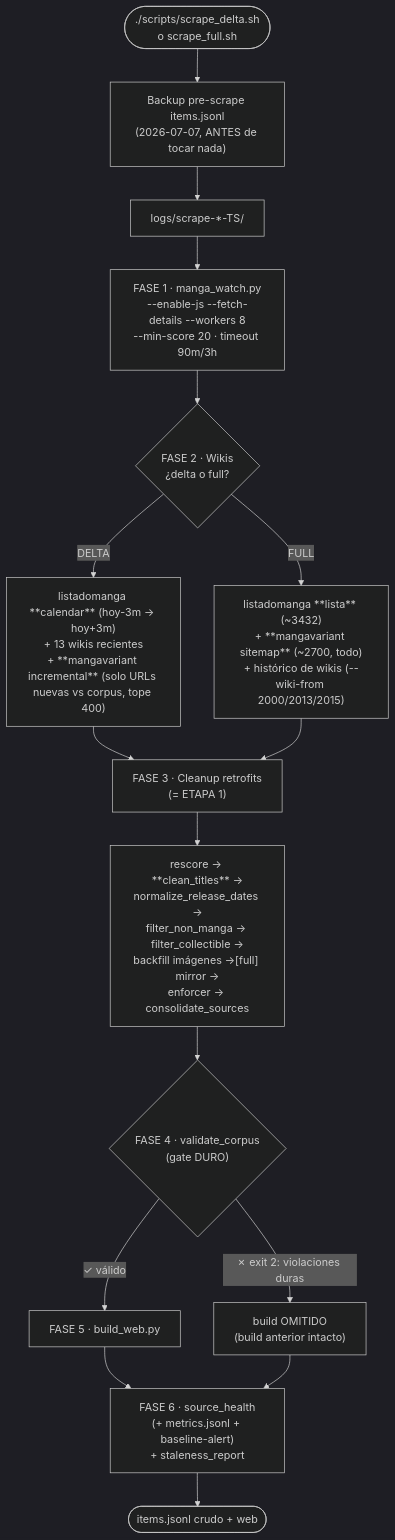
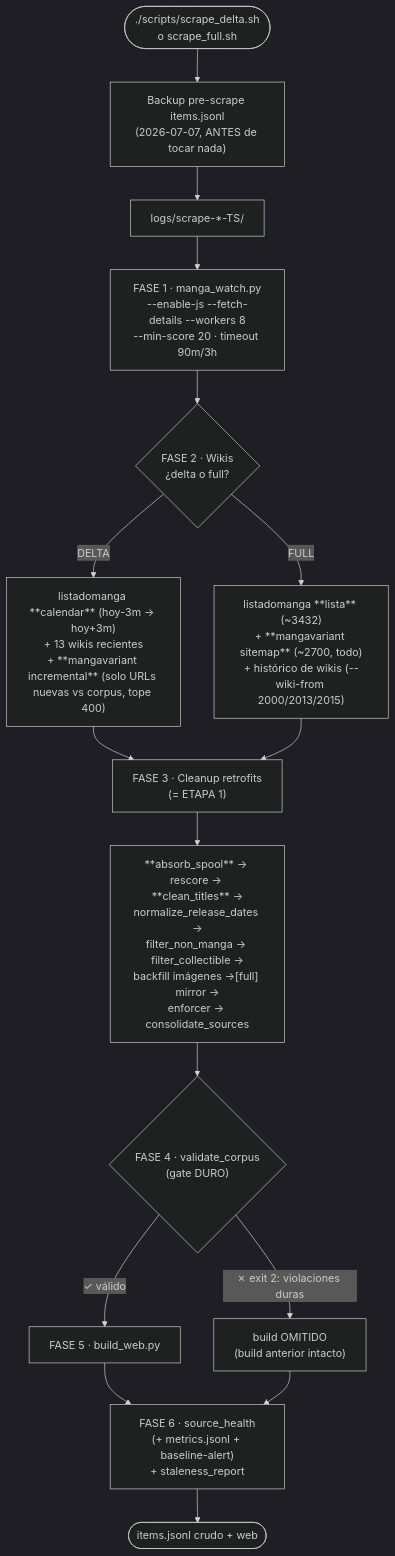
Before and after one commit to MineiToshio/PandaWatch: the third of 6 diagrams in docs/scraper/PIPELINE-WALKTHROUGH.md, drawn with Mermaid (dark theme). The commit also changed other lines of this file and 200 other files, not shown here.

Commit message:
fix: harden full and delta ingestion and audit catalog sources

````diff
--- a/docs/scraper/PIPELINE-WALKTHROUGH.md
+++ b/docs/scraper/PIPELINE-WALKTHROUGH.md
@@ -176,18 +176,18 @@
 ```mermaid
 flowchart TD
     START([./scripts/scrape_delta.sh<br/>o scrape_full.sh]) --> BAK["Backup pre-scrape items.jsonl<br/>(2026-07-07, ANTES de tocar nada)"]
     BAK --> LOG["logs/scrape-*-TS/"]
     LOG --> F1["FASE 1 · manga_watch.py<br/>--enable-js --fetch-details --workers 8<br/>--min-score 20 · timeout 90m/3h"]
     F1 --> F2{"FASE 2 · Wikis<br/>¿delta o full?"}
     F2 -->|DELTA| D2["listadomanga **calendar** (hoy-3m → hoy+3m)<br/>+ 13 wikis recientes<br/>+ **mangavariant incremental** (solo URLs nuevas vs corpus, tope 400)"]
     F2 -->|FULL| FU2["listadomanga **lista** (~3432)<br/>+ **mangavariant sitemap** (~2700, todo)<br/>+ histórico de wikis (--wiki-from 2000/2013/2015)"]
     D2 --> F3
     FU2 --> F3
-    F3["FASE 3 · Cleanup retrofits<br/>(= ETAPA 1)"] --> R["rescore → **clean_titles** →<br/>normalize_release_dates →<br/>filter_non_manga → filter_collectible →<br/>backfill imágenes →[full] mirror →<br/>enforcer → consolidate_sources"]
+    F3["FASE 3 · Cleanup retrofits<br/>(= ETAPA 1)"] --> R["**absorb_spool** → rescore → **clean_titles** →<br/>normalize_release_dates →<br/>filter_non_manga → filter_collectible →<br/>backfill imágenes →[full] mirror →<br/>enforcer → consolidate_sources"]
     R --> F4{"FASE 4 · validate_corpus<br/>(gate DURO)"}
     F4 -->|✗ exit 2: violaciones duras| SKIP["build OMITIDO<br/>(build anterior intacto)"]
     F4 -->|✓ válido| F5["FASE 5 · build_web.py"]
     F5 --> F6["FASE 6 · source_health<br/>(+ metrics.jsonl + baseline-alert)<br/>+ staleness_report"]
     SKIP --> F6
     F6 --> END([items.jsonl crudo + web])
 ```
````
